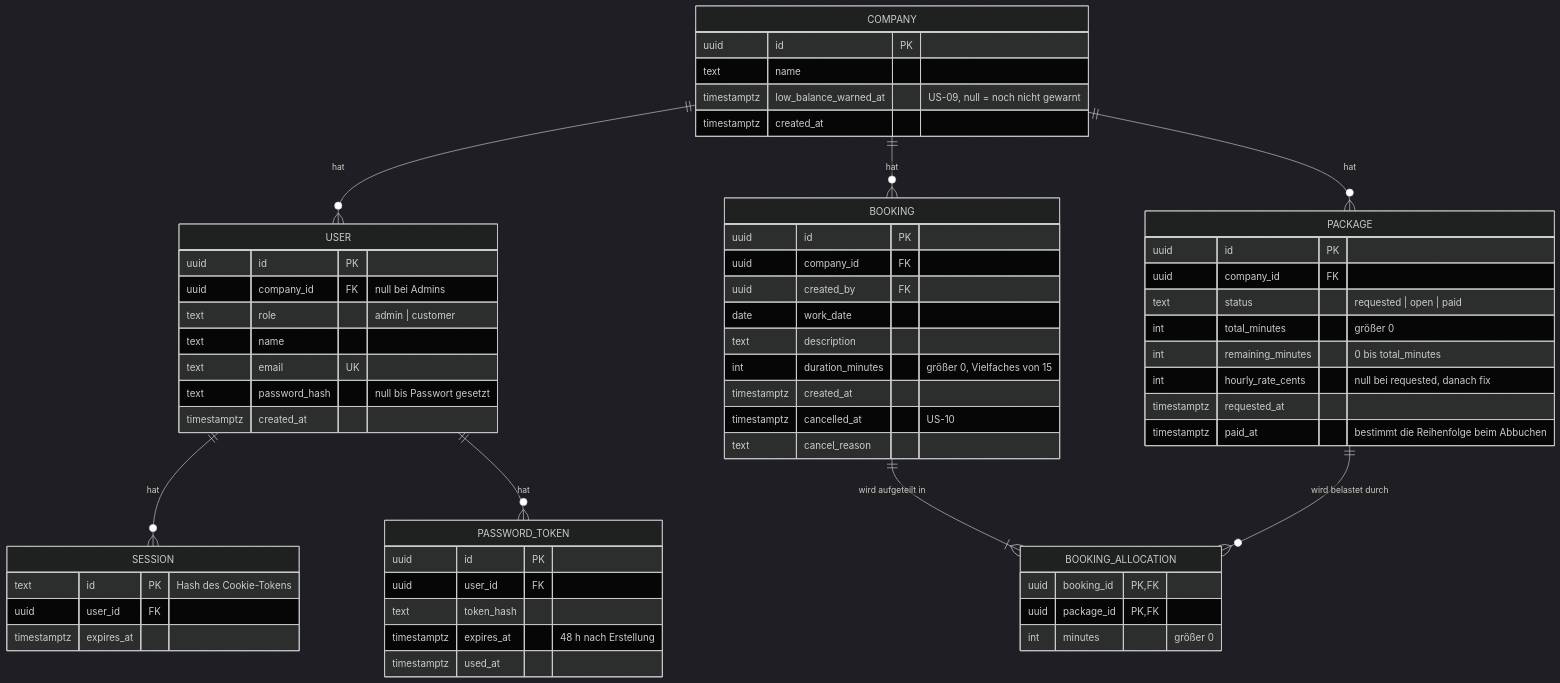
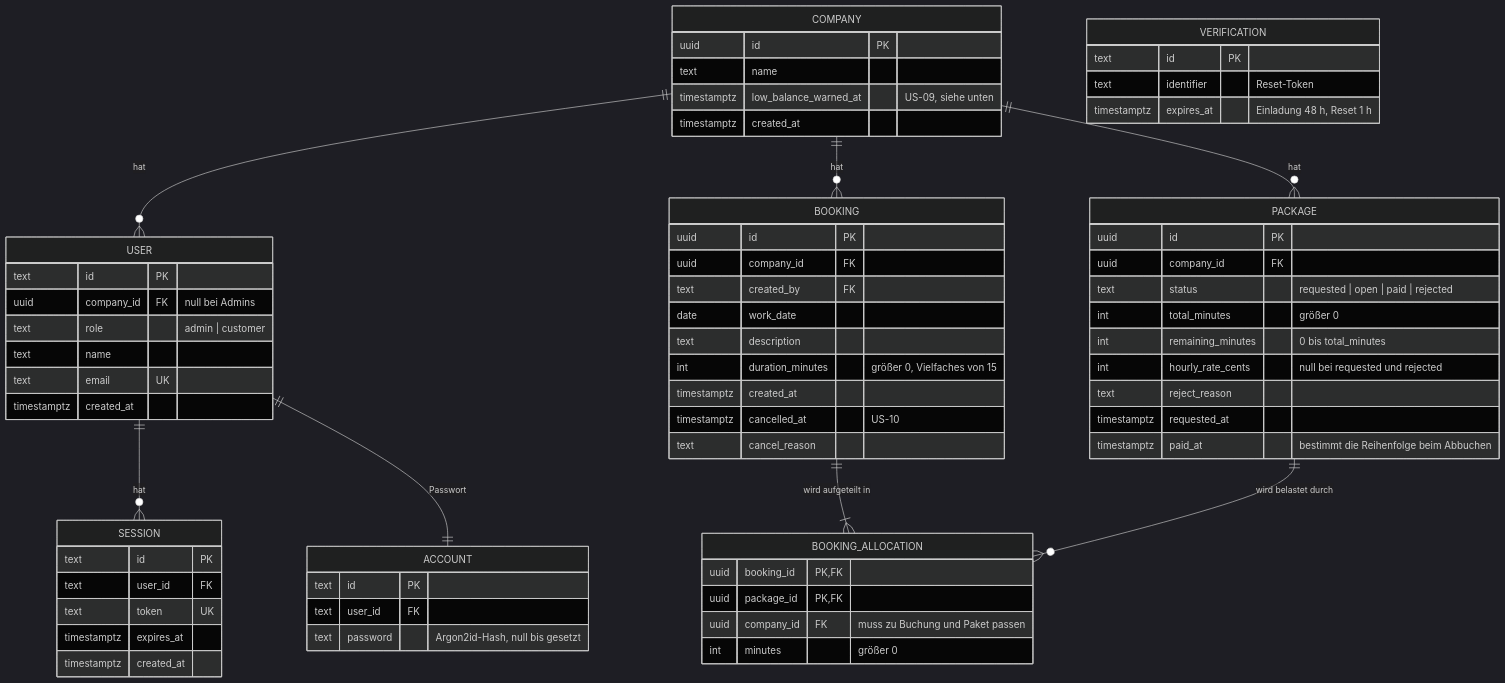
Before and after one commit to se26m047/prepaidhours: the fourth of 6 diagrams in docs/architecture.md, drawn with Mermaid (dark theme). The commit also changed other lines of this file and 6 other files, not shown here.

First line of the commit message:
docs: apply Phase 2 architecture review findings

````diff
--- a/docs/architecture.md
+++ b/docs/architecture.md
@@ -145,64 +148,70 @@
 ```mermaid
 erDiagram
     COMPANY ||--o{ USER : "hat"
     COMPANY ||--o{ PACKAGE : "hat"
     COMPANY ||--o{ BOOKING : "hat"
     USER ||--o{ SESSION : "hat"
-    USER ||--o{ PASSWORD_TOKEN : "hat"
+    USER ||--|| ACCOUNT : "Passwort"
     BOOKING ||--|{ BOOKING_ALLOCATION : "wird aufgeteilt in"
     PACKAGE ||--o{ BOOKING_ALLOCATION : "wird belastet durch"
 
     COMPANY {
         uuid id PK
         text name
-        timestamptz low_balance_warned_at "US-09, null = noch nicht gewarnt"
+        timestamptz low_balance_warned_at "US-09, siehe unten"
         timestamptz created_at
     }
     USER {
-        uuid id PK
+        text id PK
         uuid company_id FK "null bei Admins"
         text role "admin | customer"
         text name
         text email UK
-        text password_hash "null bis Passwort gesetzt"
         timestamptz created_at
     }
     SESSION {
-        text id PK "Hash des Cookie-Tokens"
-        uuid user_id FK
+        text id PK
+        text user_id FK
+        text token UK
         timestamptz expires_at
+        timestamptz created_at
     }
-    PASSWORD_TOKEN {
-        uuid id PK
-        uuid user_id FK
-        text token_hash
-        timestamptz expires_at "48 h nach Erstellung"
-        timestamptz used_at
+    ACCOUNT {
+        text id PK
+        text user_id FK
+        text password "Argon2id-Hash, null bis gesetzt"
+    }
+    VERIFICATION {
+        text id PK
+        text identifier "Reset-Token"
+        timestamptz expires_at "Einladung 48 h, Reset 1 h"
     }
     PACKAGE {
         uuid id PK
         uuid company_id FK
-        text status "requested | open | paid"
+        text status "requested | open | paid | rejected"
         int total_minutes "größer 0"
         int remaining_minutes "0 bis total_minutes"
-        int hourly_rate_cents "null bei requested, danach fix"
+        int hourly_rate_cents "null bei requested und rejected"
+        text reject_reason
         timestamptz requested_at
         timestamptz paid_at "bestimmt die Reihenfolge beim Abbuchen"
     }
     BOOKING {
         uuid id PK
         uuid company_id FK
-        uuid created_by FK
+        text created_by FK
         date work_date
         text description
         int duration_minutes "größer 0, Vielfaches von 15"
         timestamptz created_at
         timestamptz cancelled_at "US-10"
         text cancel_reason
     }
     BOOKING_ALLOCATION {
         uuid booking_id PK, FK
         uuid package_id PK, FK
+        uuid company_id FK "muss zu Buchung und Paket passen"
         int minutes "größer 0"
     }
 ```
````
